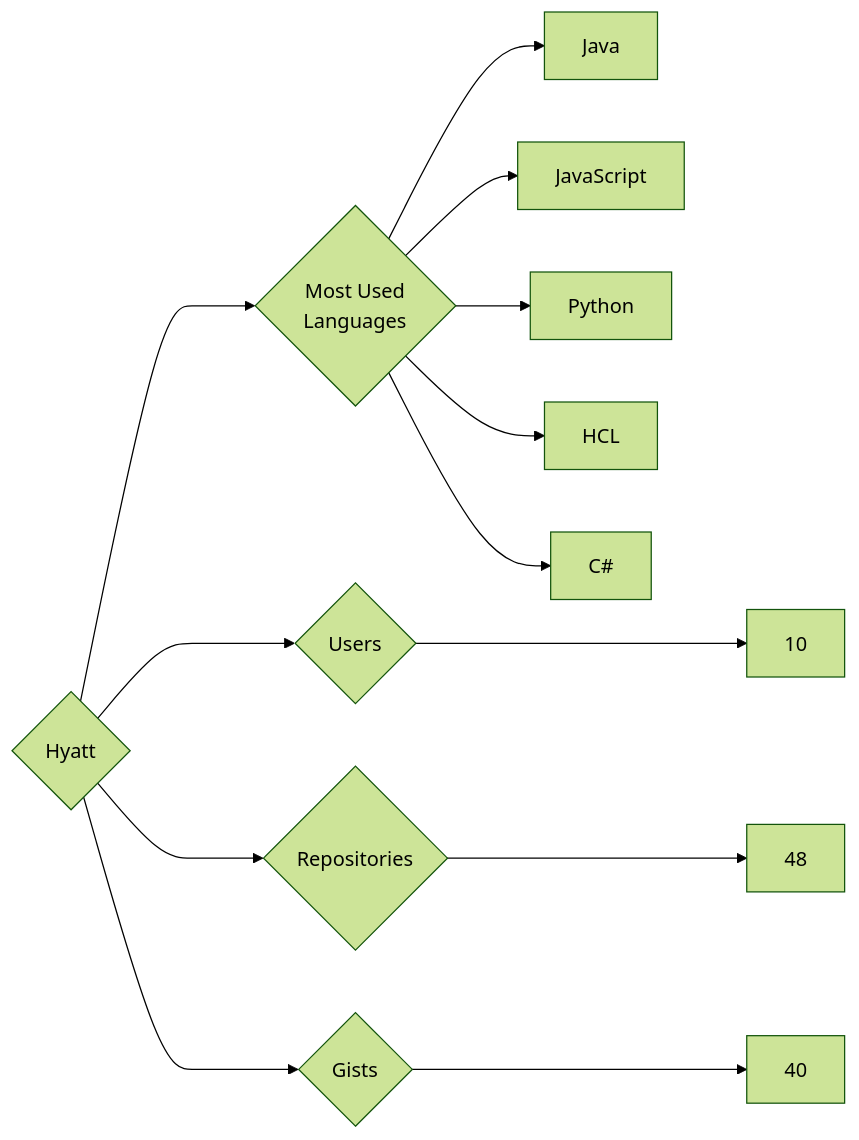
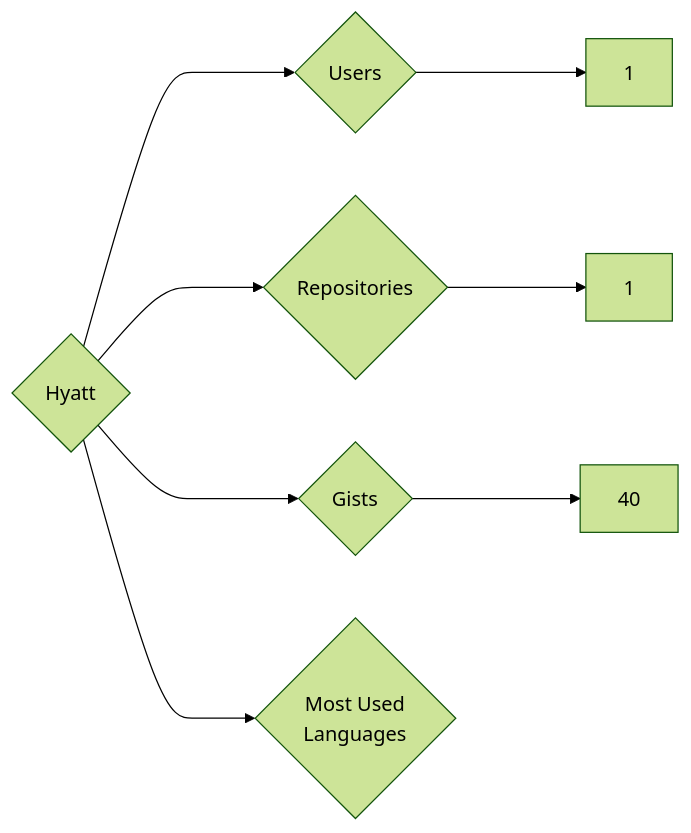
Before and after one commit to trickest/insiders: the diagram in targets/Hyatt/README.md, drawn with Mermaid (forest theme). The commit also changed 736 other files, not shown here.

````diff
--- a/targets/Hyatt/README.md
+++ b/targets/Hyatt/README.md
@@ -3,13 +3,8 @@
 ```mermaid
 graph LR
 COMPANY_NAME{Hyatt}
-COMPANY_NAME ---> U{Users} ---> UN[10]
-COMPANY_NAME ---> R{Repositories} ---> RN[48]
+COMPANY_NAME ---> U{Users} ---> UN[1]
+COMPANY_NAME ---> R{Repositories} ---> RN[1]
 COMPANY_NAME ---> G{Gists} ---> GN[40]
 COMPANY_NAME ---> ML{Most Used<br>Languages}
-ML --> Java[Java]
-ML --> JavaScript[JavaScript]
-ML --> Python[Python]
-ML --> HCL[HCL]
-ML --> C#[C#]
 ```
````
